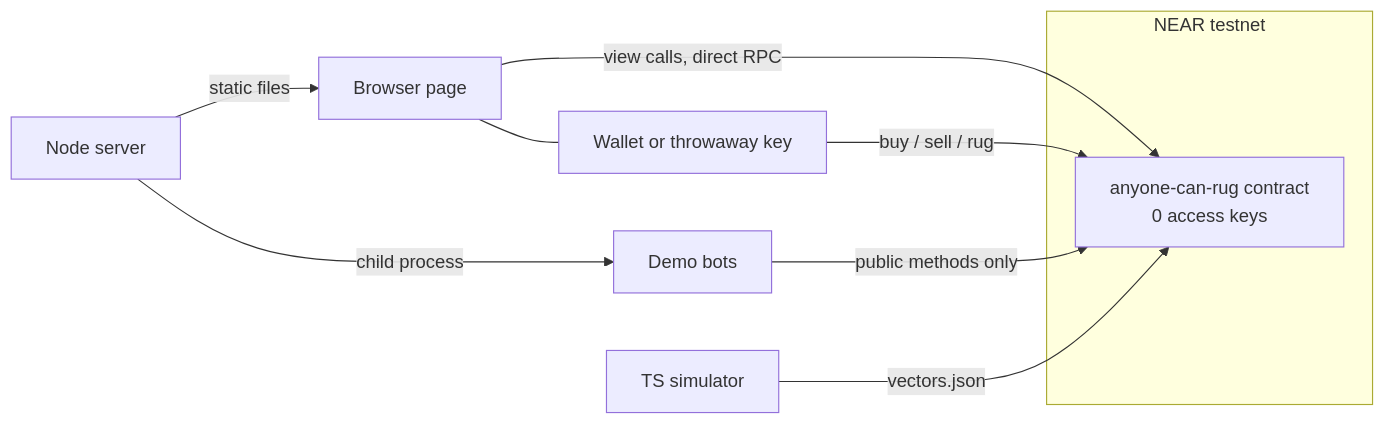
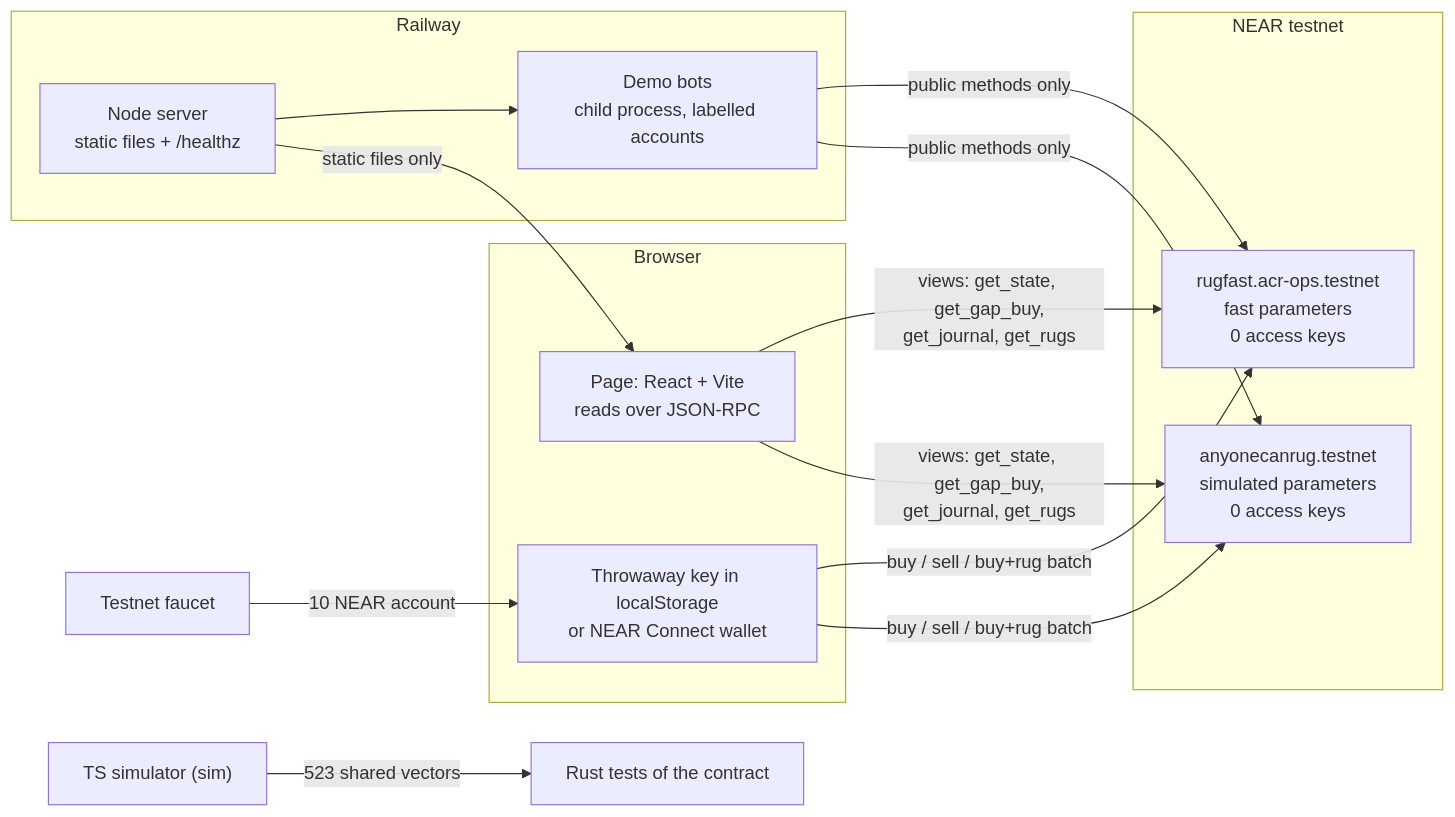
One commit to ebenbaruk/near-memecoin changed the fifth of 5 diagrams in README.md. Above: the diagram before and after it, drawn with Mermaid. The commit also changed other lines of this file, not shown here.

Commit message:
README complet : pitch, round réel, historique on-chain, page, maths, attaques, choix de conception, pourquoi NEAR, simulation détaillée, preuves de verify, suite, FAQ ; lien du post X

````diff
--- a/README.md
+++ b/README.md
@@ -144,13 +449,22 @@
 ```mermaid
 flowchart LR
   subgraph NEAR testnet
-    C[anyone-can-rug contract<br/>0 access keys]
+    C1[anyonecanrug.testnet<br/>simulated parameters<br/>0 access keys]
+    C2[rugfast.acr-ops.testnet<br/>fast parameters<br/>0 access keys]
   end
-  B[Browser page] -- view calls, direct RPC --> C
-  W[Wallet or throwaway key] -- buy / sell / rug --> C
-  B --- W
-  S[Node server] -- static files --> B
-  S -- child process --> D[Demo bots]
-  D -- public methods only --> C
-  M[TS simulator] -- vectors.json --> C
+  subgraph Browser
+    B[Page: React + Vite<br/>reads over JSON-RPC]
+    K[Throwaway key in localStorage<br/>or NEAR Connect wallet]
+  end
+  B -- "views: get_state, get_gap_buy,<br/>get_journal, get_rugs" --> C1 & C2
+  K -- "buy / sell / buy+rug batch" --> C1 & C2
+  F[Testnet faucet] -- "10 NEAR account" --> K
+  subgraph Railway
+    S[Node server<br/>static files + /healthz]
+    D[Demo bots<br/>child process, labelled accounts]
+  end
+  S -- "static files only" --> B
+  S --> D
+  D -- "public methods only" --> C1 & C2
+  M["TS simulator (sim)"] -- "523 shared vectors" --> R["Rust tests of the contract"]
 ```
````
